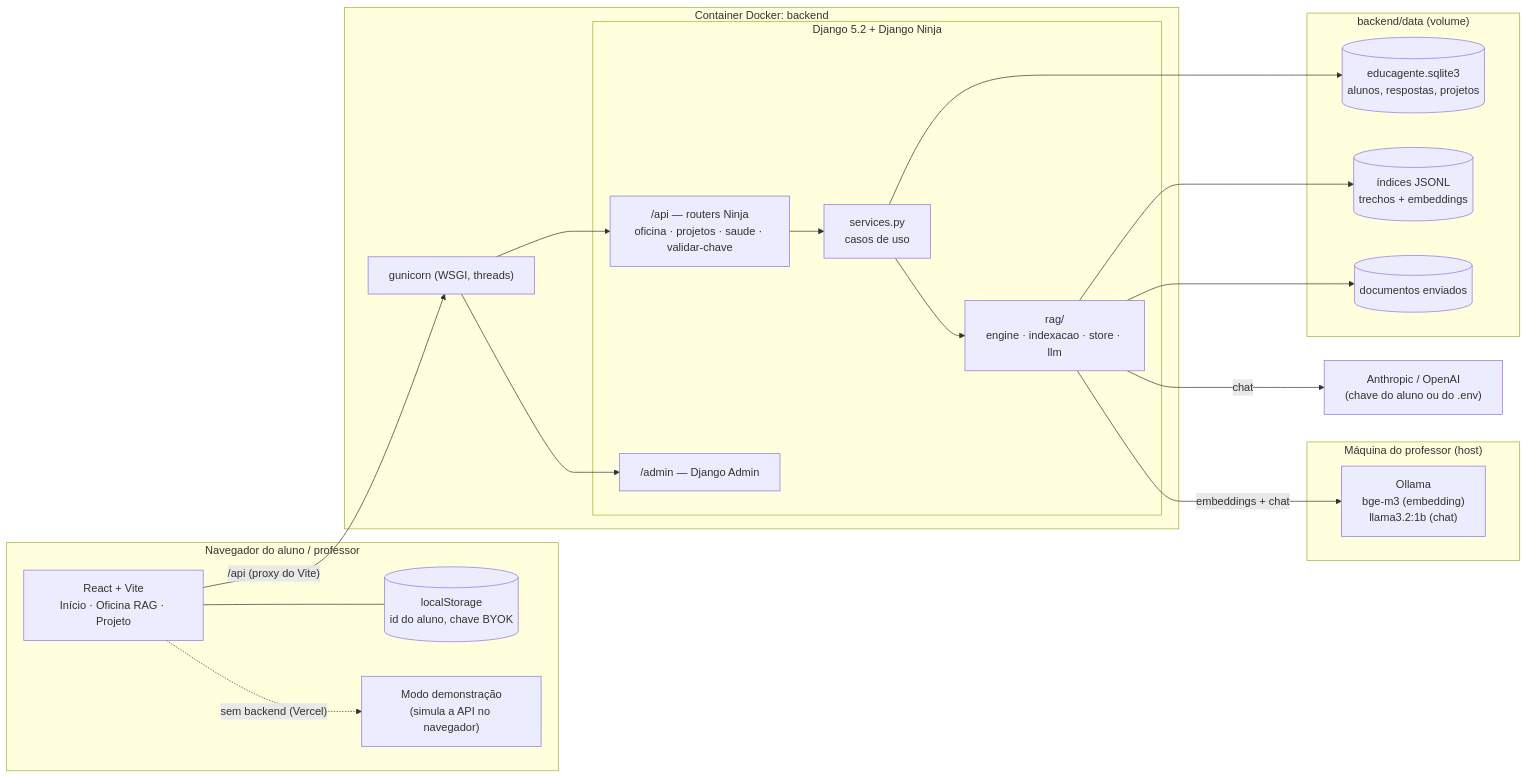
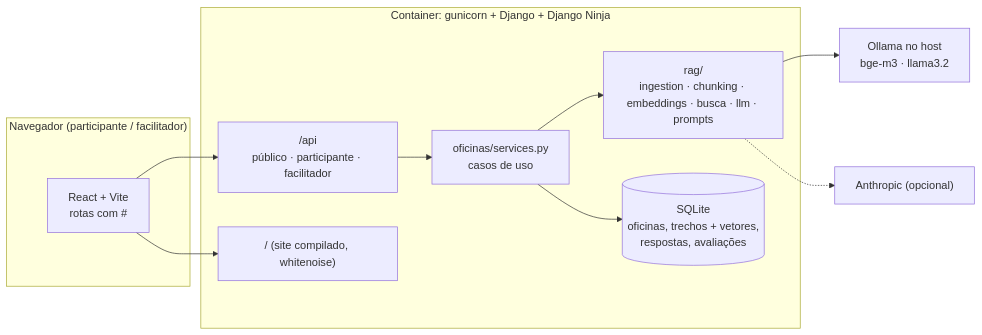
The diagram in README.md (Magnumja/Educagente), drawn with Mermaid before and after one commit. The commit also changed other lines of this file and 3 other files, not shown here.

````diff
--- a/README.md
+++ b/README.md
@@ -54,40 +59,21 @@
 ```mermaid
 flowchart LR
-    subgraph Navegador["Navegador do aluno / professor"]
-        UI["React + Vite<br/>Início · Oficina RAG · Projeto"]
-        LS[("localStorage<br/>id do aluno, chave BYOK")]
-        DEMO["Modo demonstração<br/>(simula a API no navegador)"]
+    subgraph Navegador["Navegador (participante / facilitador)"]
+        UI["React + Vite<br/>rotas com #"]
     end
+    subgraph Servidor["Container: gunicorn + Django + Django Ninja"]
+        API["/api<br/>público · participante · facilitador"]
+        SITE["/ (site compilado, whitenoise)"]
+        SRV["oficinas/services.py<br/>casos de uso"]
+        RAG["rag/<br/>ingestion · chunking · embeddings · busca · llm · prompts"]
+        DB[("SQLite<br/>oficinas, trechos + vetores,<br/>respostas, avaliações")]
+    end
+    OLL["Ollama no host<br/>bge-m3 · llama3.2"]
+    ANT["Anthropic (opcional)"]
 
-    subgraph Docker["Container Docker: backend"]
-        GUN["gunicorn (WSGI, threads)"]
-        subgraph Django["Django 5.2 + Django Ninja"]
-            API["/api — routers Ninja<br/>oficina · projetos · saude · validar-chave"]
-            ADM["/admin — Django Admin"]
-            SRV["services.py<br/>casos de uso"]
-            RAG["rag/<br/>engine · indexacao · store · llm"]
-        end
-    end
-
-    subgraph Dados["backend/data (volume)"]
-        DB[("educagente.sqlite3<br/>alunos, respostas, projetos")]
-        IDX[("índices JSONL<br/>trechos + embeddings")]
-        DOCS[("documentos enviados")]
-    end
-
-    subgraph Host["Máquina do professor (host)"]
-        OLL["Ollama<br/>bge-m3 (embedding)<br/>llama3.2:1b (chat)"]
-    end
-
-    EXT["Anthropic / OpenAI<br/>(chave do aluno ou do .env)"]
-
-    UI -->|"/api (proxy do Vite)"| GUN
-    UI --- LS
-    UI -.->|"sem backend (Vercel)"| DEMO
-    GUN --> API & ADM
+    UI --> API & SITE
     API --> SRV --> RAG
     SRV --> DB
-    RAG --> IDX & DOCS
-    RAG -->|"embeddings + chat"| OLL
-    RAG -->|"chat"| EXT
+    RAG --> OLL
+    RAG -.-> ANT
 ```
````
